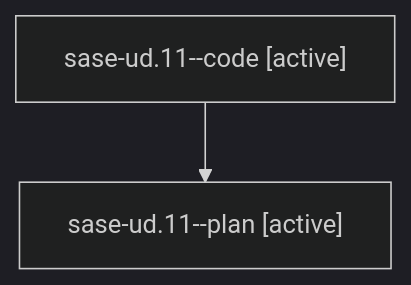
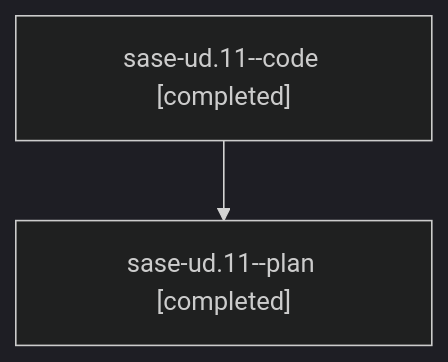
The diagram in families/bbugyi200.athena.sase-ud.11.md (sase-org/sase--agents), drawn with Mermaid (dark theme) before and after one commit. The commit also changed other lines of this file and 89 other files, not shown here.

````diff
--- a/families/bbugyi200.athena.sase-ud.11.md
+++ b/families/bbugyi200.athena.sase-ud.11.md
@@ -9,6 +9,6 @@
 ```mermaid
 flowchart TD
-  n0["sase-ud.11--code [active]"]
-  n1["sase-ud.11--plan [active]"]
+  n0["sase-ud.11--code [completed]"]
+  n1["sase-ud.11--plan [completed]"]
   n0 --> n1
 ```
````
